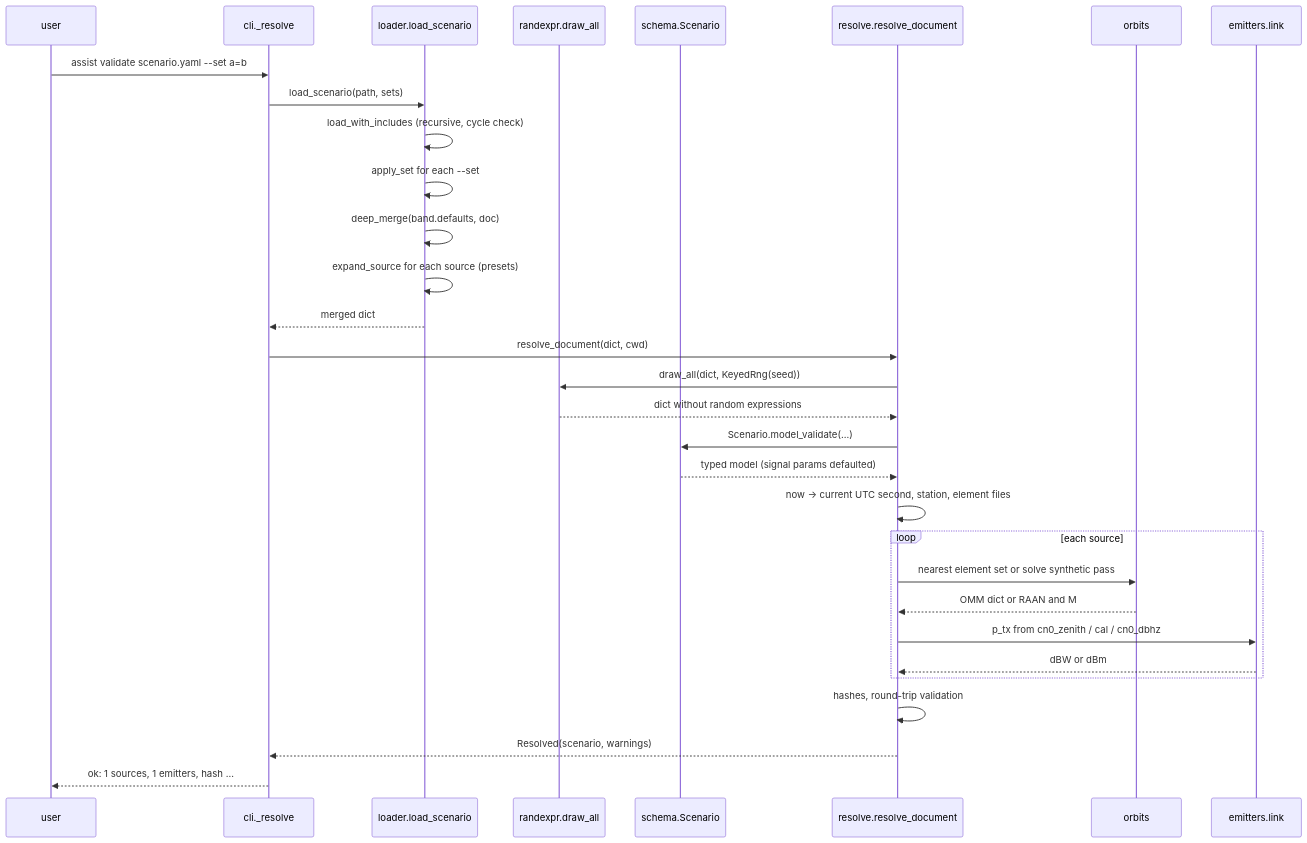
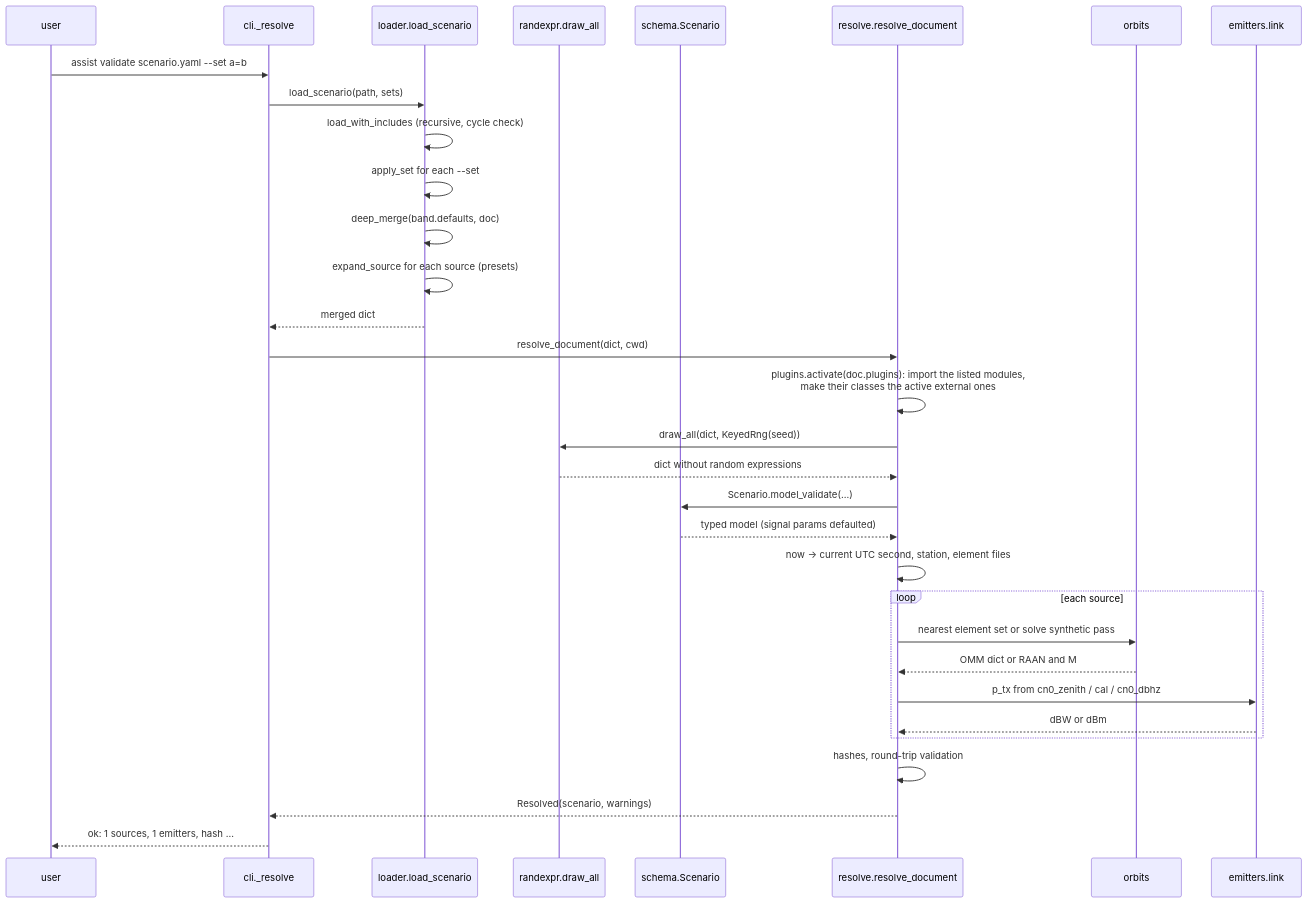
The fifth of 23 diagrams in HOW-IT-WORKS.md (BUSH222/ASSIST), drawn with Mermaid before and after one commit. The commit also changed other lines of this file and 142 other files, not shown here.

````diff
--- a/HOW-IT-WORKS.md
+++ b/HOW-IT-WORKS.md
@@ -493,34 +562,35 @@
 ```mermaid
 sequenceDiagram
     participant U as user
     participant CLI as cli._resolve
     participant LD as loader.load_scenario
     participant RX as randexpr.draw_all
     participant SC as schema.Scenario
     participant RS as resolve.resolve_document
     participant ORB as orbits
     participant LK as emitters.link
 
     U->>CLI: assist validate scenario.yaml --set a=b
     CLI->>LD: load_scenario(path, sets)
     LD->>LD: load_with_includes (recursive, cycle check)
     LD->>LD: apply_set for each --set
     LD->>LD: deep_merge(band.defaults, doc)
     LD->>LD: expand_source for each source (presets)
     LD-->>CLI: merged dict
     CLI->>RS: resolve_document(dict, cwd)
+    RS->>RS: plugins.activate(doc.plugins): import the listed modules,<br/>make their classes the active external ones
     RS->>RX: draw_all(dict, KeyedRng(seed))
     RX-->>RS: dict without random expressions
     RS->>SC: Scenario.model_validate(...)
     SC-->>RS: typed model (signal params defaulted)
     RS->>RS: now -> current UTC second, station, element files
     loop each source
         RS->>ORB: nearest element set or solve synthetic pass
         ORB-->>RS: OMM dict or RAAN and M
         RS->>LK: p_tx from cn0_zenith / cal / cn0_dbhz
         LK-->>RS: dBW or dBm
     end
     RS->>RS: hashes, round-trip validation
     RS-->>CLI: Resolved(scenario, warnings)
     CLI-->>U: ok: 1 sources, 1 emitters, hash ...
 ```
````
